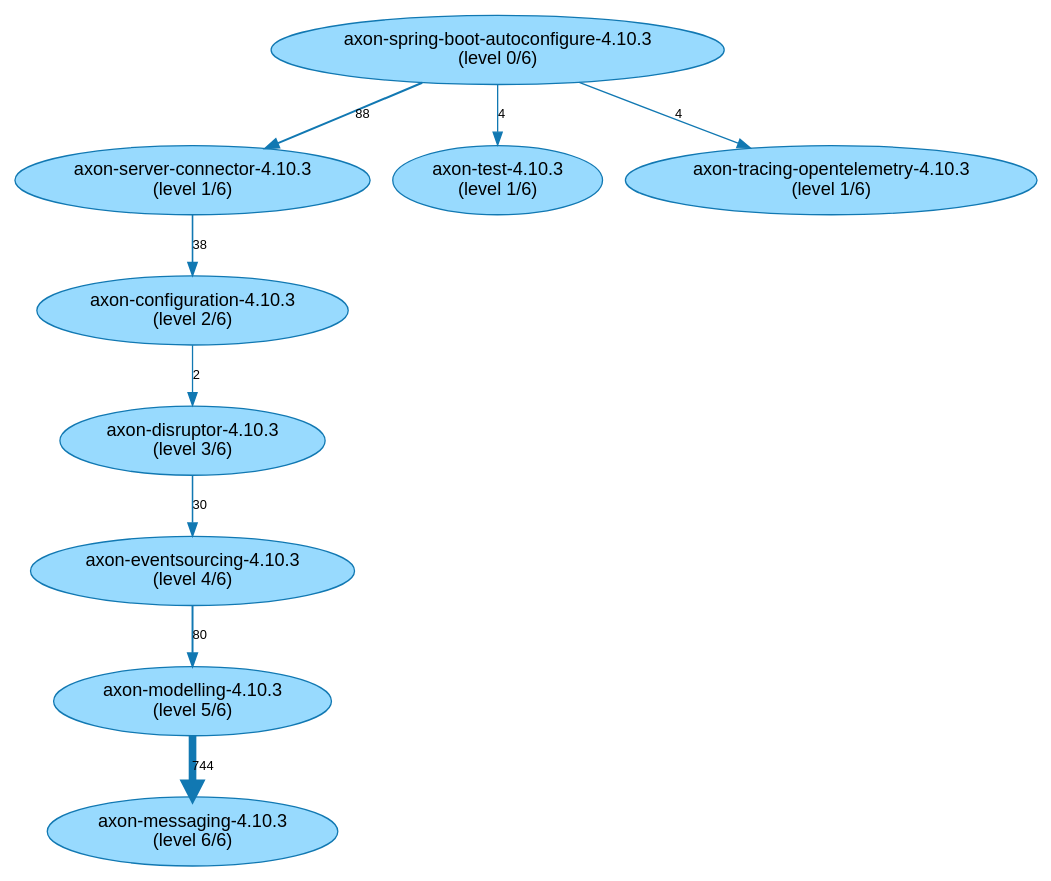
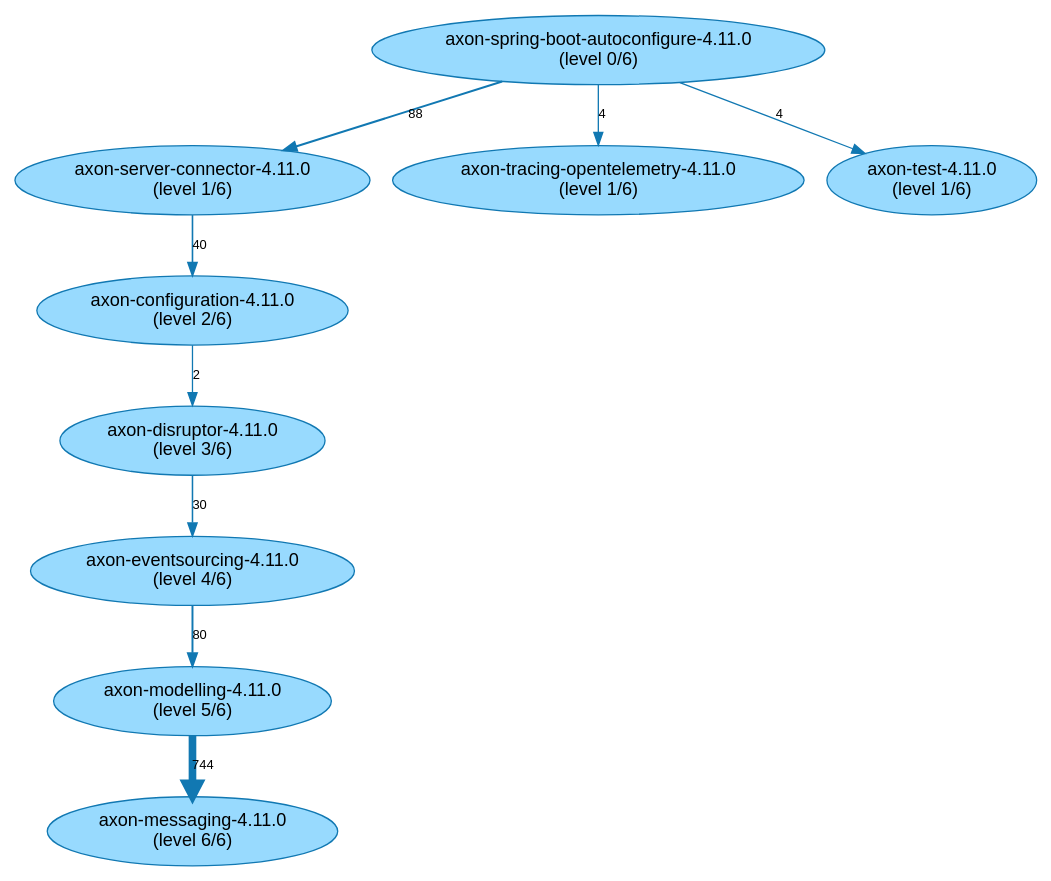
Before and after one commit to JohT/code-graph-analysis-examples: the diagram in analysis-results/AxonFramework/latest/path-finding-visualization/JavaArtifactLongestPathsIsolated.gv, drawn with Graphviz. The commit also changed 478 other files, not shown here.

```diff
--- a/analysis-results/AxonFramework/latest/path-finding-visualization/JavaArtifactLongestPathsIsolated.gv
+++ b/analysis-results/AxonFramework/latest/path-finding-visualization/JavaArtifactLongestPathsIsolated.gv
@@ -1,32 +1,32 @@
 // This GraphViz dot file was generated by the script convertQueryResultCsvToGraphVizDotFile.sh with default.template
 
 strict digraph JavaArtifactLongestPathsIsolated {
     fontname = "Helvetica,Arial,sans-serif";
     node [fontname = "Helvetica,Arial,sans-serif";];
     edge [fontname = "Helvetica,Arial,sans-serif"; fontsize = 10;];
     node [style = filled; fillcolor = "0.560 0.400 0.999";];
     node [color = "0.560 0.900 0.700";];
     edge [color = "0.560 0.900 0.700";];
-	"axon-spring-boot-autoconfigure-4.10.3\n(level 0/6)" -> "axon-server-connector-4.10.3\n(level 1/6)" [label=88; penwidth=1.57; ];
-	"axon-server-connector-4.10.3\n(level 1/6)" -> "axon-configuration-4.10.3\n(level 2/6)" [label=38; penwidth=1.24; ];
-	"axon-configuration-4.10.3\n(level 2/6)" -> "axon-disruptor-4.10.3\n(level 3/6)" [label=2; penwidth=1.0; ];
-	"axon-disruptor-4.10.3\n(level 3/6)" -> "axon-eventsourcing-4.10.3\n(level 4/6)" [label=30; penwidth=1.19; ];
-	"axon-eventsourcing-4.10.3\n(level 4/6)" -> "axon-modelling-4.10.3\n(level 5/6)" [label=80; penwidth=1.52; ];
-	"axon-modelling-4.10.3\n(level 5/6)" -> "axon-messaging-4.10.3\n(level 6/6)" [label=744; penwidth=5.92; ];
-	"axon-spring-boot-autoconfigure-4.10.3\n(level 0/6)" -> "axon-server-connector-4.10.3\n(level 1/6)" [label=88; penwidth=1.57; ];
-	"axon-server-connector-4.10.3\n(level 1/6)" -> "axon-configuration-4.10.3\n(level 2/6)" [label=38; penwidth=1.24; ];
-	"axon-configuration-4.10.3\n(level 2/6)" -> "axon-disruptor-4.10.3\n(level 3/6)" [label=2; penwidth=1.0; ];
-	"axon-disruptor-4.10.3\n(level 3/6)" -> "axon-eventsourcing-4.10.3\n(level 4/6)" [label=30; penwidth=1.19; ];
-	"axon-eventsourcing-4.10.3\n(level 4/6)" -> "axon-modelling-4.10.3\n(level 5/6)" [label=80; penwidth=1.52; ];
-	"axon-spring-boot-autoconfigure-4.10.3\n(level 0/6)" -> "axon-server-connector-4.10.3\n(level 1/6)" [label=88; penwidth=1.57; ];
-	"axon-server-connector-4.10.3\n(level 1/6)" -> "axon-configuration-4.10.3\n(level 2/6)" [label=38; penwidth=1.24; ];
-	"axon-configuration-4.10.3\n(level 2/6)" -> "axon-disruptor-4.10.3\n(level 3/6)" [label=2; penwidth=1.0; ];
-	"axon-disruptor-4.10.3\n(level 3/6)" -> "axon-eventsourcing-4.10.3\n(level 4/6)" [label=30; penwidth=1.19; ];
-	"axon-spring-boot-autoconfigure-4.10.3\n(level 0/6)" -> "axon-server-connector-4.10.3\n(level 1/6)" [label=88; penwidth=1.57; ];
-	"axon-server-connector-4.10.3\n(level 1/6)" -> "axon-configuration-4.10.3\n(level 2/6)" [label=38; penwidth=1.24; ];
-	"axon-configuration-4.10.3\n(level 2/6)" -> "axon-disruptor-4.10.3\n(level 3/6)" [label=2; penwidth=1.0; ];
-	"axon-server-connector-4.10.3\n(level 1/6)" -> "axon-configuration-4.10.3\n(level 2/6)" [label=38; penwidth=1.24; ];
-	"axon-spring-boot-autoconfigure-4.10.3\n(level 0/6)" -> "axon-server-connector-4.10.3\n(level 1/6)" [label=88; penwidth=1.57; ];
-	"axon-spring-boot-autoconfigure-4.10.3\n(level 0/6)" -> "axon-test-4.10.3\n(level 1/6)" [label=4; penwidth=1.01; ];
-	"axon-spring-boot-autoconfigure-4.10.3\n(level 0/6)" -> "axon-tracing-opentelemetry-4.10.3\n(level 1/6)" [label=4; penwidth=1.01; ];
+	"axon-spring-boot-autoconfigure-4.11.0\n(level 0/6)" -> "axon-server-connector-4.11.0\n(level 1/6)" [label=88; penwidth=1.57; ];
+	"axon-server-connector-4.11.0\n(level 1/6)" -> "axon-configuration-4.11.0\n(level 2/6)" [label=40; penwidth=1.25; ];
+	"axon-configuration-4.11.0\n(level 2/6)" -> "axon-disruptor-4.11.0\n(level 3/6)" [label=2; penwidth=1.0; ];
+	"axon-disruptor-4.11.0\n(level 3/6)" -> "axon-eventsourcing-4.11.0\n(level 4/6)" [label=30; penwidth=1.19; ];
+	"axon-eventsourcing-4.11.0\n(level 4/6)" -> "axon-modelling-4.11.0\n(level 5/6)" [label=80; penwidth=1.52; ];
+	"axon-modelling-4.11.0\n(level 5/6)" -> "axon-messaging-4.11.0\n(level 6/6)" [label=744; penwidth=5.92; ];
+	"axon-spring-boot-autoconfigure-4.11.0\n(level 0/6)" -> "axon-server-connector-4.11.0\n(level 1/6)" [label=88; penwidth=1.57; ];
+	"axon-server-connector-4.11.0\n(level 1/6)" -> "axon-configuration-4.11.0\n(level 2/6)" [label=40; penwidth=1.25; ];
+	"axon-configuration-4.11.0\n(level 2/6)" -> "axon-disruptor-4.11.0\n(level 3/6)" [label=2; penwidth=1.0; ];
+	"axon-disruptor-4.11.0\n(level 3/6)" -> "axon-eventsourcing-4.11.0\n(level 4/6)" [label=30; penwidth=1.19; ];
+	"axon-eventsourcing-4.11.0\n(level 4/6)" -> "axon-modelling-4.11.0\n(level 5/6)" [label=80; penwidth=1.52; ];
+	"axon-spring-boot-autoconfigure-4.11.0\n(level 0/6)" -> "axon-server-connector-4.11.0\n(level 1/6)" [label=88; penwidth=1.57; ];
+	"axon-server-connector-4.11.0\n(level 1/6)" -> "axon-configuration-4.11.0\n(level 2/6)" [label=40; penwidth=1.25; ];
+	"axon-configuration-4.11.0\n(level 2/6)" -> "axon-disruptor-4.11.0\n(level 3/6)" [label=2; penwidth=1.0; ];
+	"axon-disruptor-4.11.0\n(level 3/6)" -> "axon-eventsourcing-4.11.0\n(level 4/6)" [label=30; penwidth=1.19; ];
+	"axon-server-connector-4.11.0\n(level 1/6)" -> "axon-configuration-4.11.0\n(level 2/6)" [label=40; penwidth=1.25; ];
+	"axon-configuration-4.11.0\n(level 2/6)" -> "axon-disruptor-4.11.0\n(level 3/6)" [label=2; penwidth=1.0; ];
+	"axon-spring-boot-autoconfigure-4.11.0\n(level 0/6)" -> "axon-server-connector-4.11.0\n(level 1/6)" [label=88; penwidth=1.57; ];
+	"axon-server-connector-4.11.0\n(level 1/6)" -> "axon-configuration-4.11.0\n(level 2/6)" [label=40; penwidth=1.25; ];
+	"axon-spring-boot-autoconfigure-4.11.0\n(level 0/6)" -> "axon-tracing-opentelemetry-4.11.0\n(level 1/6)" [label=4; penwidth=1.01; ];
+	"axon-spring-boot-autoconfigure-4.11.0\n(level 0/6)" -> "axon-server-connector-4.11.0\n(level 1/6)" [label=88; penwidth=1.57; ];
+	"axon-spring-boot-autoconfigure-4.11.0\n(level 0/6)" -> "axon-test-4.11.0\n(level 1/6)" [label=4; penwidth=1.01; ];
 }
```
